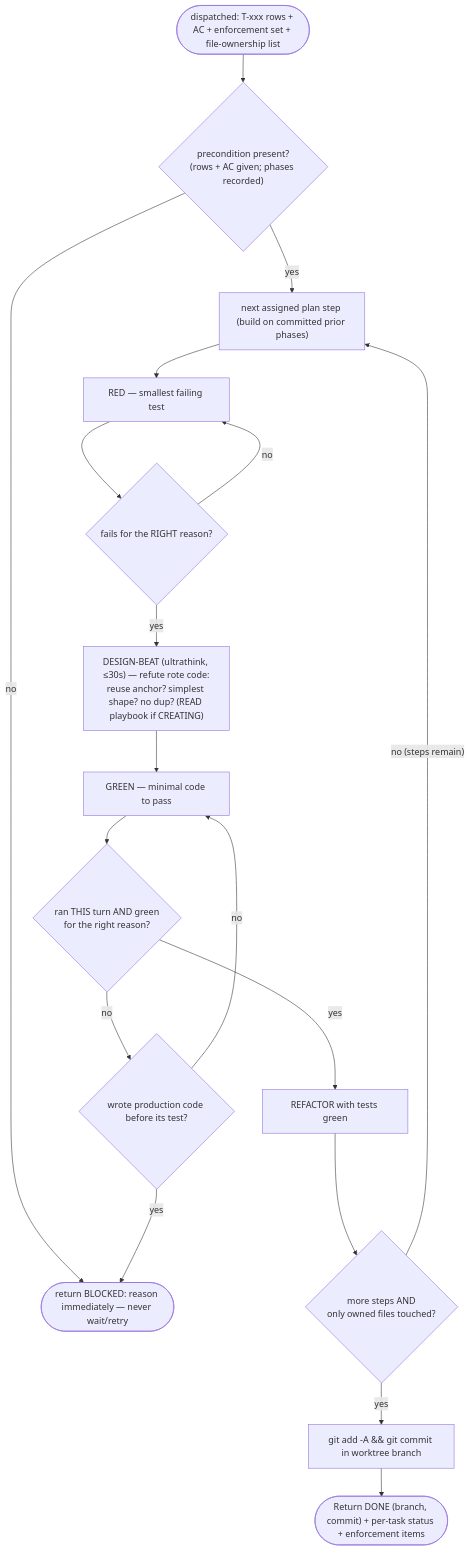
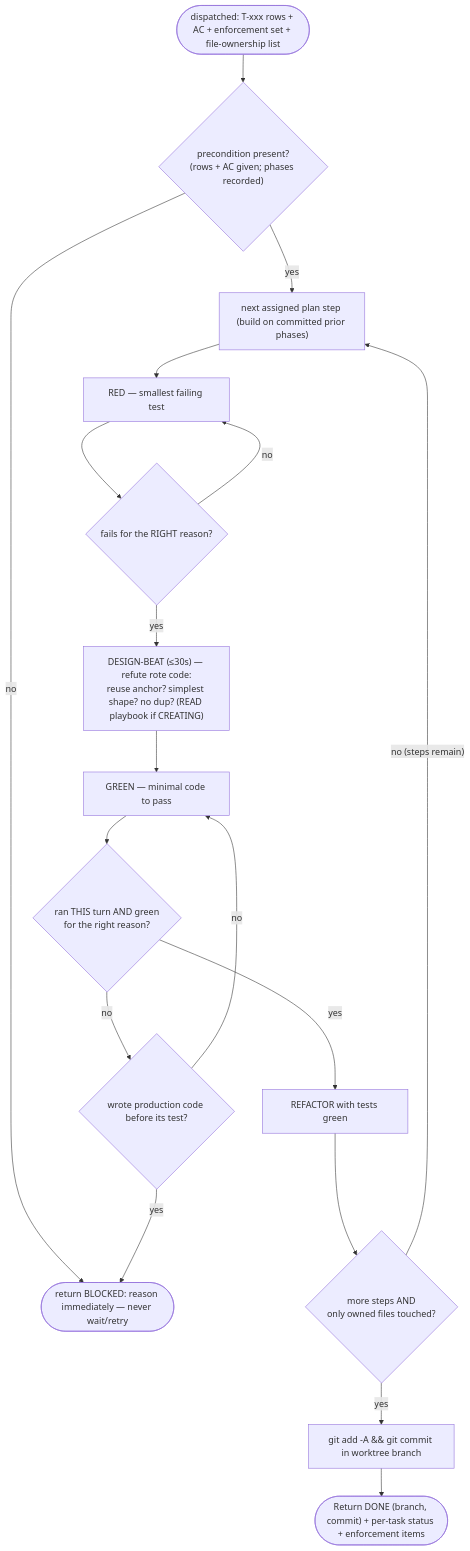
Before and after one commit to taipt1504/claudehut: the diagram in agents/claudehut-implementer.md, drawn with Mermaid. The commit also changed other lines of this file and 297 other files, not shown here.

````diff
--- a/agents/claudehut-implementer.md
+++ b/agents/claudehut-implementer.md
@@ -30,20 +30,20 @@
 ```mermaid
 flowchart TB
     a(["dispatched: T-xxx rows + AC + enforcement set + file-ownership list"]) --> pre{"precondition present?<br/>(rows + AC given; phases recorded)"}
     pre -- "no" --> blk(["return BLOCKED: reason immediately — never wait/retry"])
     pre -- "yes" --> step["next assigned plan step (build on committed prior phases)"]
     step --> red["RED — smallest failing test"]
     red --> rr{"fails for the RIGHT reason?"}
     rr -- "no" --> red
-    rr -- "yes" --> beat["DESIGN-BEAT (ultrathink, ≤30s) — refute rote code:<br/>reuse anchor? simplest shape? no dup? (READ playbook if CREATING)"]
+    rr -- "yes" --> beat["DESIGN-BEAT (≤30s) — refute rote code:<br/>reuse anchor? simplest shape? no dup? (READ playbook if CREATING)"]
     beat --> green["GREEN — minimal code to pass"]
     green --> ev{"ran THIS turn AND green<br/>for the right reason?"}
     ev -- "no" --> iron{"wrote production code before its test?"}
     iron -- "yes" --> blk
     iron -- "no" --> green
     ev -- "yes" --> refac["REFACTOR with tests green"]
     refac --> more{"more steps AND<br/>only owned files touched?"}
     more -- "no (steps remain)" --> step
     more -- "yes" --> commit["git add -A && git commit in worktree branch"]
     commit --> out(["Return DONE (branch, commit) + per-task status + enforcement items"])
 ```
````
